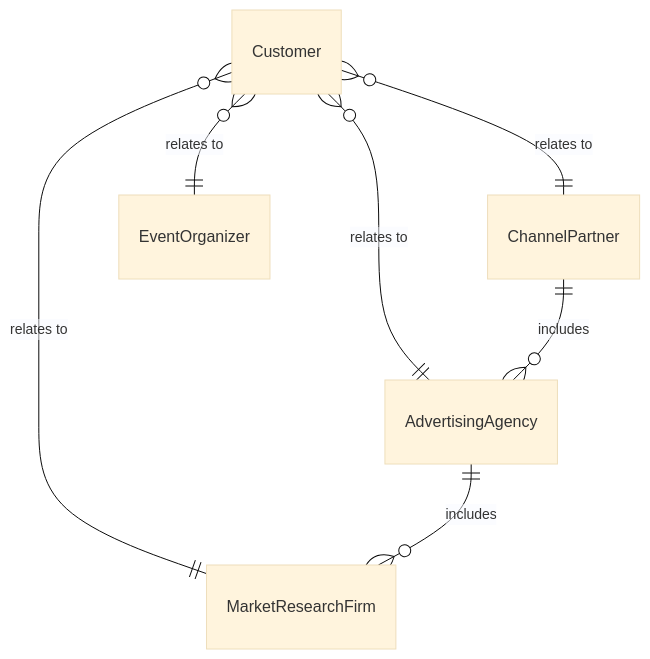
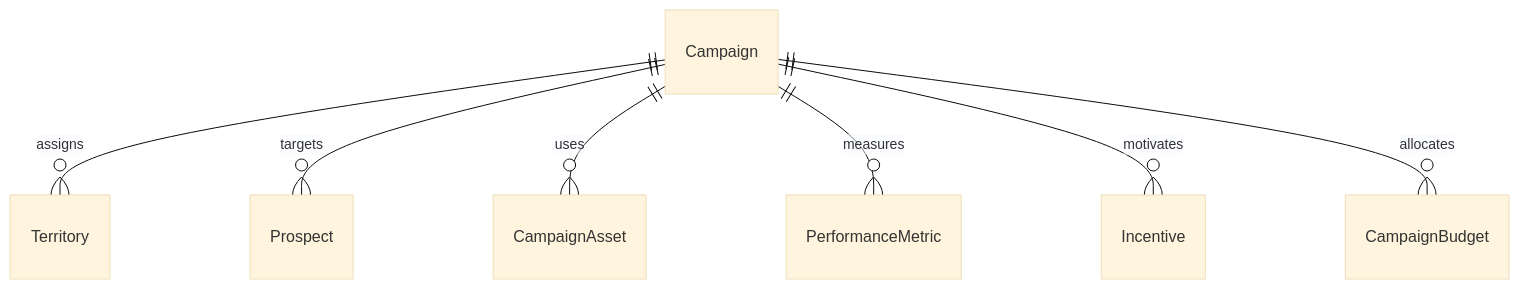
Before and after one commit to dot-org-ai/tasks.org.ai: the first of 4 diagrams in GuidingDirectingAndMotivatingSubordinates/DirectOrganizationalOperationsActivitiesOrProcedures/CoordinateSalesCampaigns.mdx, drawn with Mermaid (base theme). The commit also changed other lines of this file and 515 other files, not shown here.

````diff
--- a/GuidingDirectingAndMotivatingSubordinates/DirectOrganizationalOperationsActivitiesOrProcedures/CoordinateSalesCampaigns.mdx
+++ b/GuidingDirectingAndMotivatingSubordinates/DirectOrganizationalOperationsActivitiesOrProcedures/CoordinateSalesCampaigns.mdx
@@ -91,9 +91,9 @@
 ```mermaid
 erDiagram
-    Customer }o--|| ChannelPartner : "relates to"
-    Customer }o--|| AdvertisingAgency : "relates to"
-    Customer }o--|| MarketResearchFirm : "relates to"
-    Customer }o--|| EventOrganizer : "relates to"
-    ChannelPartner ||--o{ AdvertisingAgency : includes
-    AdvertisingAgency ||--o{ MarketResearchFirm : includes
+    Campaign ||--o{ Territory : assigns
+    Campaign ||--o{ Prospect : targets
+    Campaign ||--o{ CampaignAsset : uses
+    Campaign ||--o{ PerformanceMetric : measures
+    Campaign ||--o{ Incentive : motivates
+    Campaign ||--o{ CampaignBudget : allocates
 ```
````
